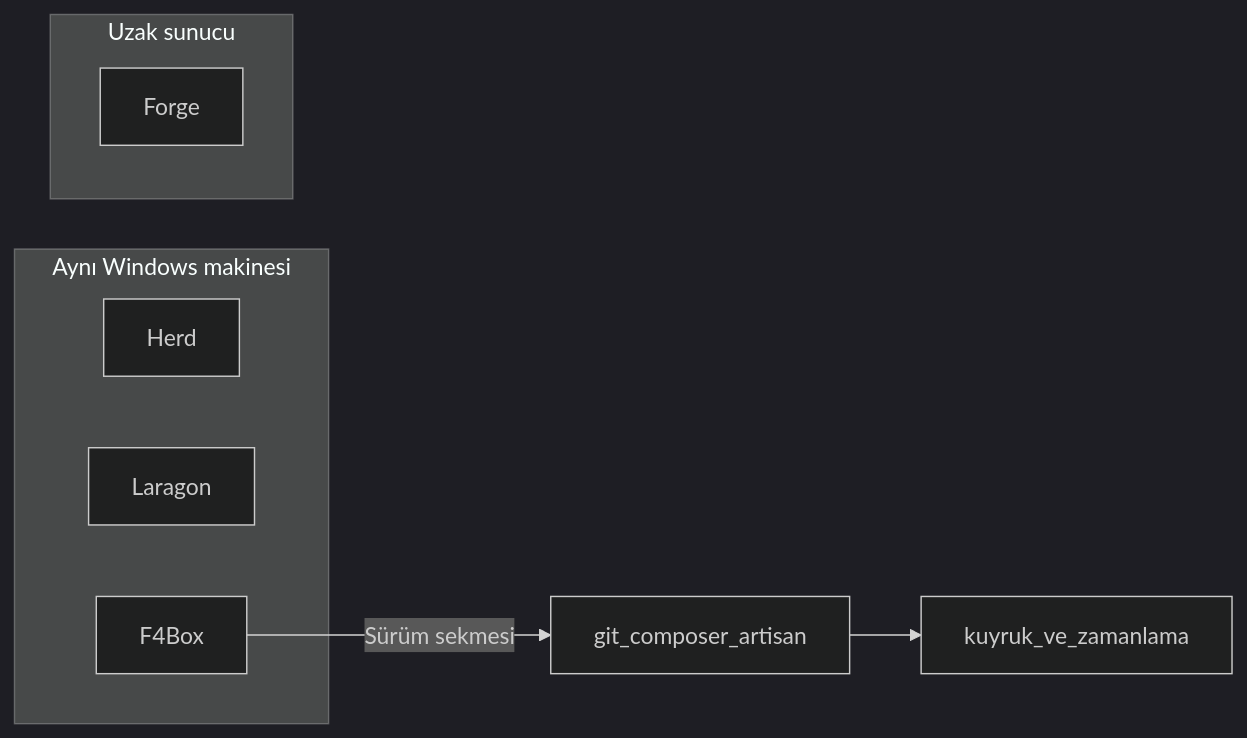
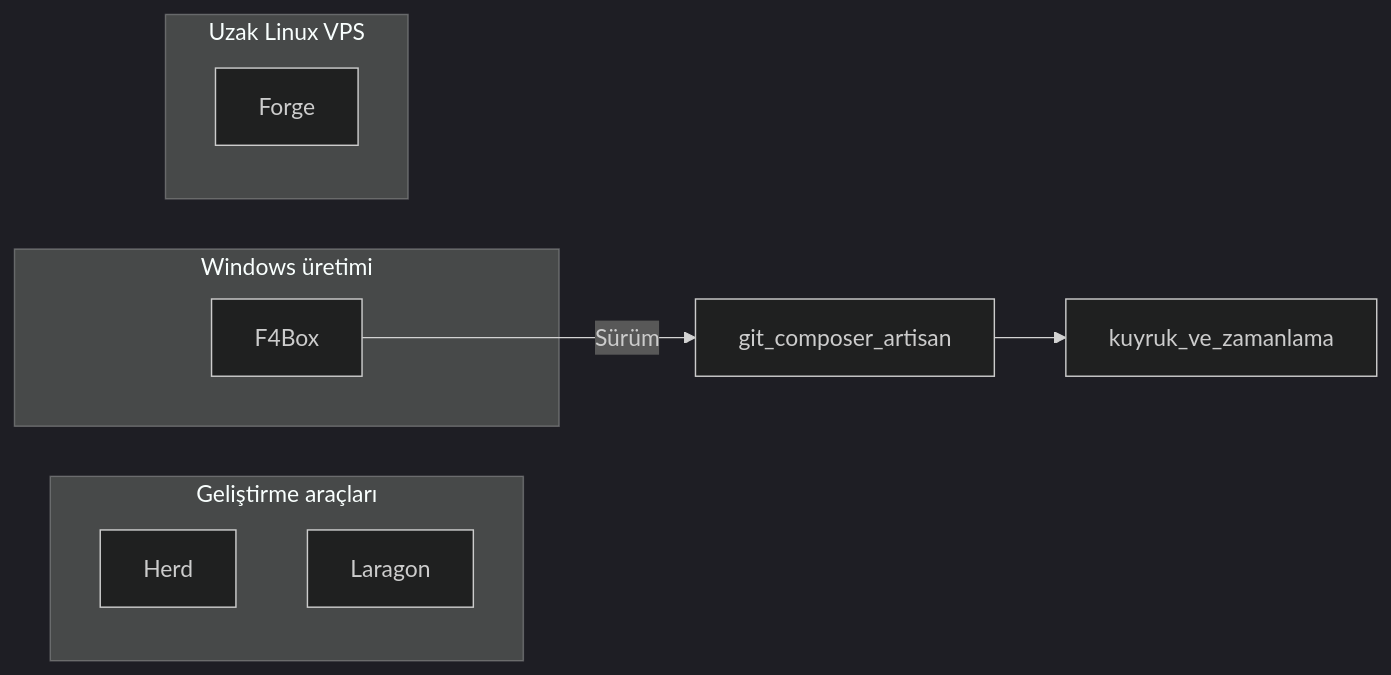
Before and after one commit to beyazitkolemen/serverbond-windows: the diagram in docs/herd-forge-karsilastirma.md, drawn with Mermaid (dark theme). The commit also changed other lines of this file and 17 other files, not shown here.

First line of the commit message:
Position F4Box as Windows Laravel production, not a Herd-style dev box.

````diff
--- a/docs/herd-forge-karsilastirma.md
+++ b/docs/herd-forge-karsilastirma.md
@@ -15,13 +15,15 @@
 ```mermaid
 flowchart LR
-  subgraph local [Aynı Windows makinesi]
+  subgraph dev [Geliştirme araçları]
     Herd
     Laragon
+  end
+  subgraph windows [Windows üretimi]
     F4Box
   end
-  subgraph remote [Uzak sunucu]
+  subgraph remote [Uzak Linux VPS]
     Forge
   end
-  F4Box -->|"Sürüm sekmesi"| Recipe[git_composer_artisan]
+  F4Box -->|"Sürüm"| Recipe[git_composer_artisan]
   Recipe --> Restart[kuyruk_ve_zamanlama]
 ```
````
